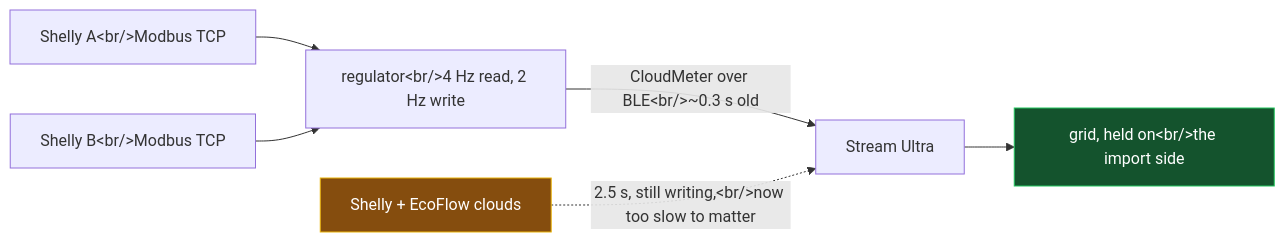
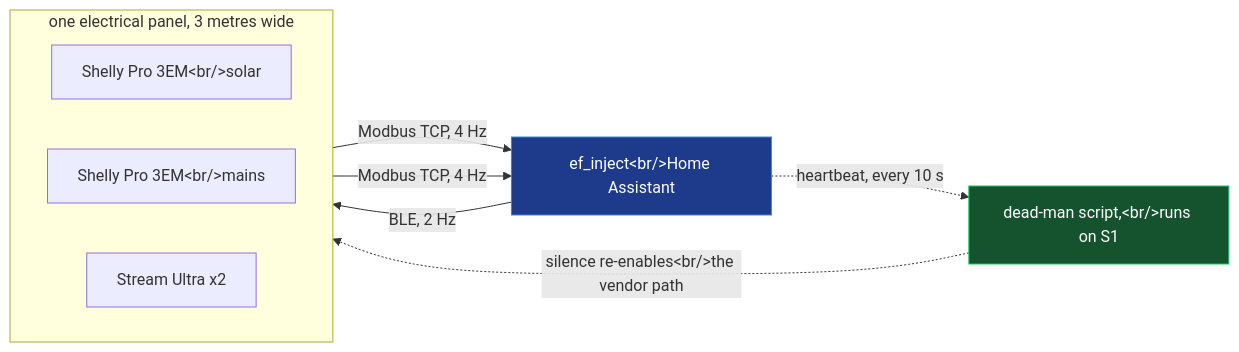
The seventh of 16 diagrams in content/posts/ecoflow-zero-export-ble-meter-injection/index.md (phoinixgrr/mastori), drawn with Mermaid before and after one commit. The commit also changed other lines of this file, not shown here.

```diff
--- a/content/posts/ecoflow-zero-export-ble-meter-injection/index.md
+++ b/content/posts/ecoflow-zero-export-ble-meter-injection/index.md
@@ -235,11 +248,17 @@
 {{< mermaid >}}
 flowchart LR
-    S1["Shelly A&lt;br/&gt;Modbus TCP"] --> R["regulator&lt;br/&gt;4 Hz read, 2 Hz write"]
-    S2["Shelly B&lt;br/&gt;Modbus TCP"] --> R
-    R -->|"CloudMeter over BLE&lt;br/&gt;~0.3 s old"| U["Stream Ultra"]
-    SC["Shelly + EcoFlow clouds"] -.->|"2.5 s, still writing,&lt;br/&gt;now too slow to matter"| U
-    U --> G["grid, held on&lt;br/&gt;the import side"]
+    subgraph panel["one electrical panel, 3 metres wide"]
+        direction LR
+        S1["Shelly Pro 3EM&lt;br/&gt;solar"]
+        S2["Shelly Pro 3EM&lt;br/&gt;mains"]
+        U["Stream Ultra x2"]
+    end
+    S1 -->|"Modbus TCP, 4 Hz"| R["ef_inject&lt;br/&gt;Home Assistant"]
+    S2 -->|"Modbus TCP, 4 Hz"| R
+    R -->|"BLE, 2 Hz"| U
+    R -.->|"heartbeat, every 10 s"| D["dead-man script,&lt;br/&gt;runs on S1"]
+    D -.->|"silence re-enables&lt;br/&gt;the vendor path"| S1
 
-    style SC fill:#854d0e,stroke:#eab308,color:#fff
-    style G fill:#14532d,stroke:#22c55e,color:#fff
+    style R fill:#1e3a8a,stroke:#3b82f6,color:#fff
+    style D fill:#14532d,stroke:#22c55e,color:#fff
 {{< /mermaid >}}
```
